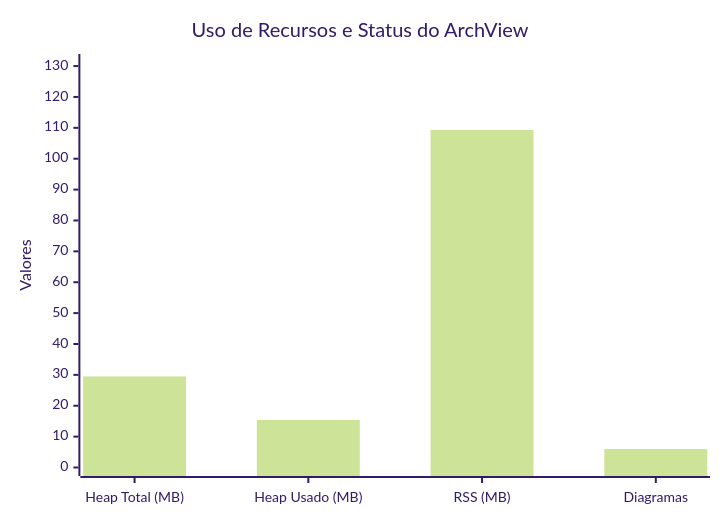
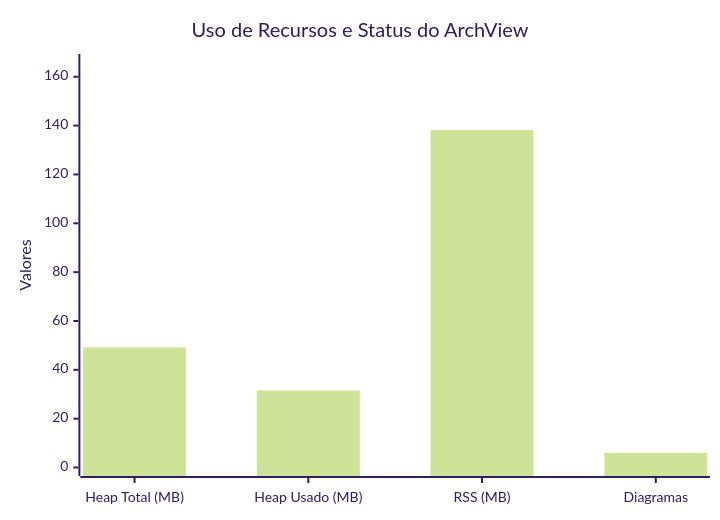
Before and after one commit to 70gurupia/archview: the diagram in output/self-doc-metrics.mmd, drawn with Mermaid (forest theme). The commit also changed 21 other files, not shown here.

Commit message:
fix(html-engine): embutir runtime mermaid 100% offline e renderização robusta com DOMParser

```diff
--- a/output/self-doc-metrics.mmd
+++ b/output/self-doc-metrics.mmd
@@ -1,5 +1,5 @@
 xychart-beta
   title "Uso de Recursos e Status do ArchView"
   x-axis ["Heap Total (MB)", "Heap Usado (MB)", "RSS (MB)", "Diagramas"]
-  y-axis "Valores" 0 --> 131.16
-  bar [29.5, 15.4, 109.3, 6]
+  y-axis "Valores" 0 --> 165.83999999999997
+  bar [49.2, 31.5, 138.2, 6]
```
